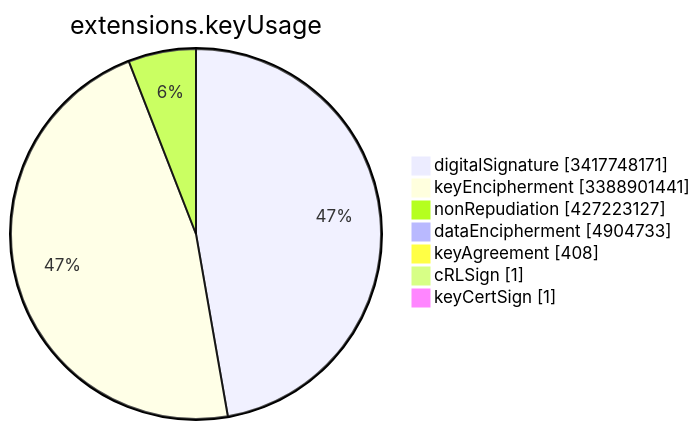
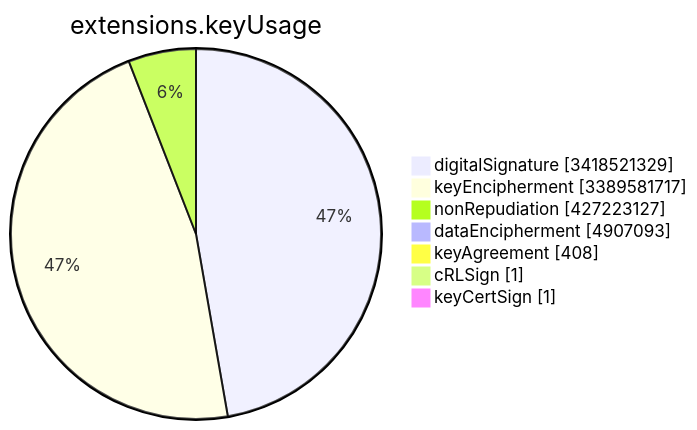
Before and after one commit to christiankrug/ctmonitor_visualization: the sixth of 15 diagrams in TOTAL/README.md, drawn with Mermaid. The commit also changed other lines of this file, not shown here.

````diff
--- a/TOTAL/README.md
+++ b/TOTAL/README.md
@@ -3081,11 +3081,11 @@
 ```mermaid
 pie showData
 title extensions.keyUsage
-"digitalSignature" :3417748171
-"keyEncipherment" :3388901441
+"digitalSignature" :3418521329
+"keyEncipherment" :3389581717
 "nonRepudiation" :427223127
-"dataEncipherment" :4904733
+"dataEncipherment" :4907093
 "keyAgreement" :408
 "cRLSign" :1
 "keyCertSign" :1
 ```
````
